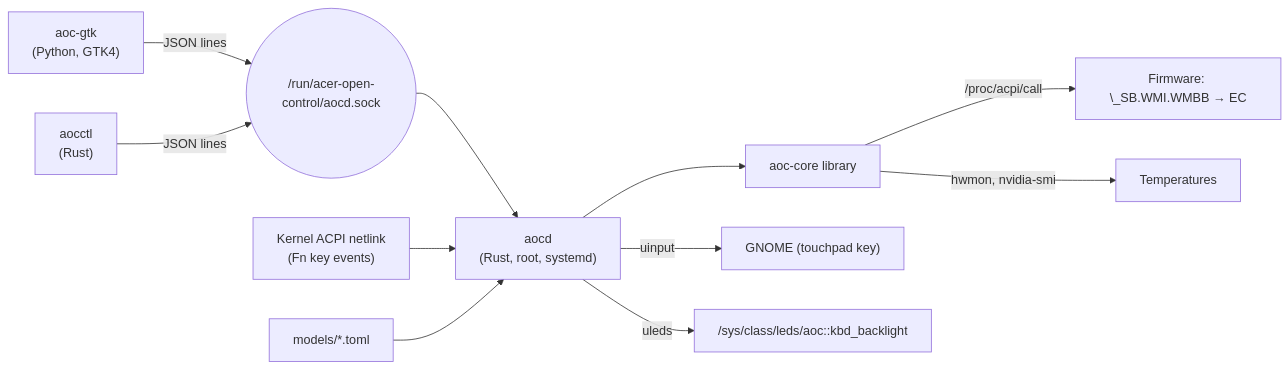
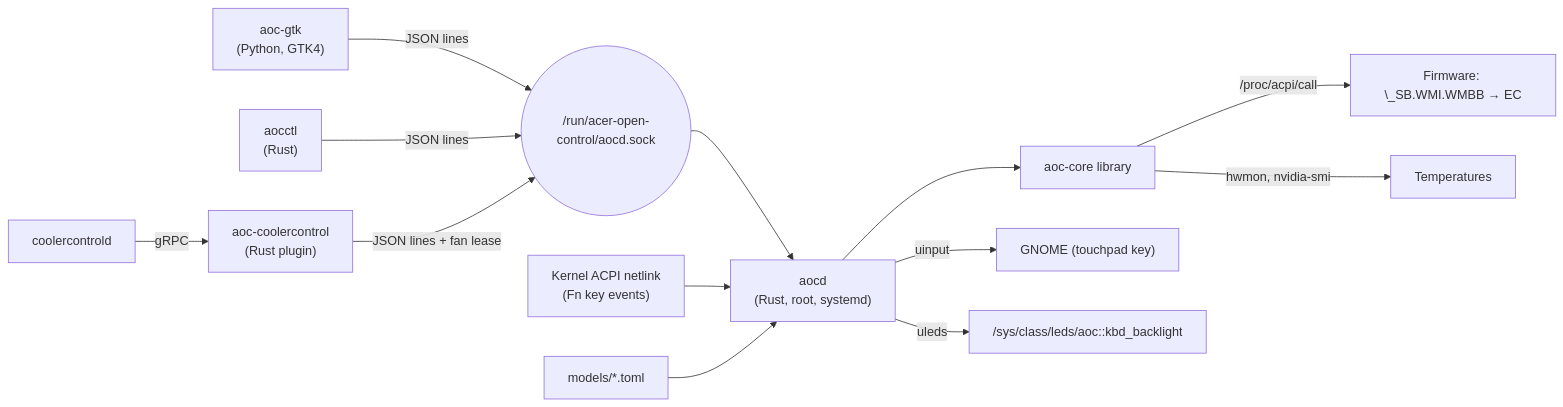
The diagram in docs/ARCHITECTURE.md (Narendra5155/AcerOpenControl), drawn with Mermaid before and after one commit. The commit also changed other lines of this file and 61 other files, not shown here.

````diff
--- a/docs/ARCHITECTURE.md
+++ b/docs/ARCHITECTURE.md
@@ -3,13 +3,15 @@
 ```mermaid
 flowchart LR
     GUI["aoc-gtk<br/>(Python, GTK4)"] -- JSON lines --> SOCK(("/run/acer-open-control/aocd.sock"))
     CLI["aocctl<br/>(Rust)"] -- JSON lines --> SOCK
     SOCK --> D["aocd<br/>(Rust, root, systemd)"]
     D --> CORE["aoc-core library"]
     CORE -- "/proc/acpi/call" --> FW["Firmware: \_SB.WMI.WMBB → EC"]
     CORE -- "hwmon, nvidia-smi" --> T["Temperatures"]
     KN["Kernel ACPI netlink<br/>(Fn key events)"] --> D
     D -- uinput --> GNOME["GNOME (touchpad key)"]
     D -- uleds --> LED["/sys/class/leds/aoc::kbd_backlight"]
+    CC["coolercontrold"] -- gRPC --> PL["aoc-coolercontrol<br/>(Rust plugin)"]
+    PL -- "JSON lines + fan lease" --> SOCK
     P["models/*.toml"] --> D
 ```
````
